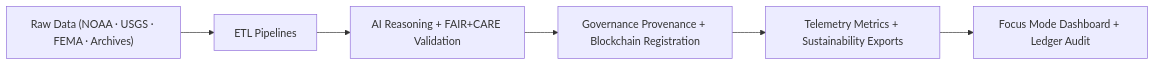
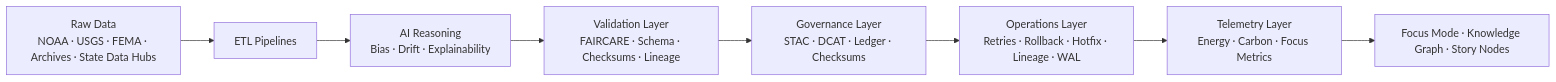
The diagram in src/pipelines/README.md (bartytime4life/Kansas-Frontier-Matrix), drawn with Mermaid before and after one commit. The commit also changed other lines of this file, not shown here.

````diff
--- a/src/pipelines/README.md
+++ b/src/pipelines/README.md
@@ -105,8 +124,10 @@
 ```mermaid
 flowchart LR
-    A["Raw Data (NOAA · USGS · FEMA · Archives)"] --> B["ETL Pipelines"]
-    B --> C["AI Reasoning + FAIR+CARE Validation"]
-    C --> D["Governance Provenance + Blockchain Registration"]
-    D --> E["Telemetry Metrics + Sustainability Exports"]
-    E --> F["Focus Mode Dashboard + Ledger Audit"]
+    A[Raw Data<br/>NOAA · USGS · FEMA · Archives · State Data Hubs] --> B[ETL Pipelines]
+    B --> C[AI Reasoning<br/>Bias · Drift · Explainability]
+    C --> D[Validation Layer<br/>FAIRCARE · Schema · Checksums · Lineage]
+    D --> E[Governance Layer<br/>STAC · DCAT · Ledger · Checksums]
+    E --> F[Operations Layer<br/>Retries · Rollback · Hotfix · Lineage · WAL]
+    F --> G[Telemetry Layer<br/>Energy · Carbon · Focus Metrics]
+    G --> H[Focus Mode · Knowledge Graph · Story Nodes]
 ```
````
